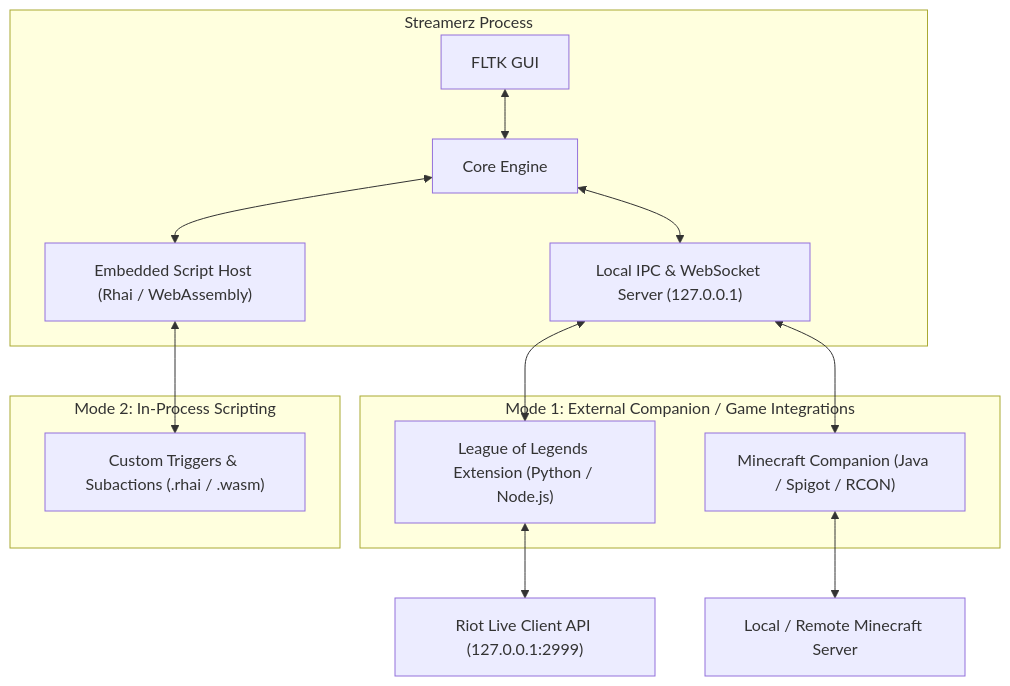
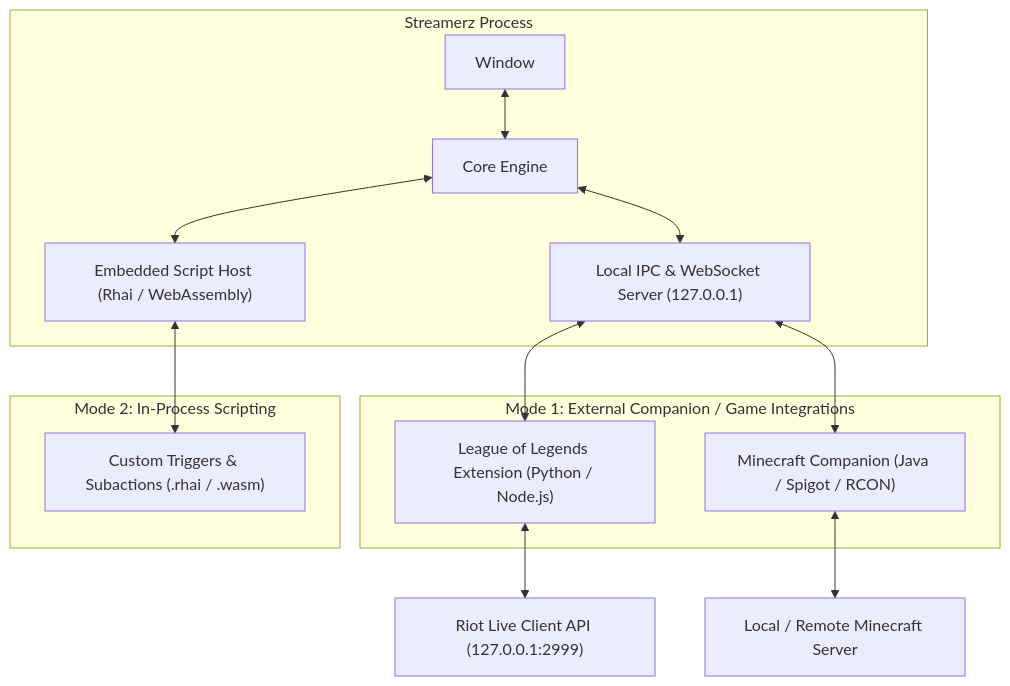
Before and after one commit to PedroZamecki/streamerz: the diagram in docs/EXTENSIONS_PLAN.md, drawn with Mermaid. The commit also changed 10 other files, not shown here.

````diff
--- a/docs/EXTENSIONS_PLAN.md
+++ b/docs/EXTENSIONS_PLAN.md
@@ -31,20 +31,20 @@
 ```mermaid
 flowchart TD
     subgraph Streamerz Process
         Engine["Core Engine"] <--> IPC["Local IPC & WebSocket Server (127.0.0.1)"]
         Engine <--> ScriptHost["Embedded Script Host (Rhai / WebAssembly)"]
-        UI["FLTK GUI"] <--> Engine
+        UI["Window"] <--> Engine
     end
 
     subgraph Mode 1: External Companion / Game Integrations
         IPC <--> LoL["League of Legends Extension (Python / Node.js)"]
         IPC <--> MC["Minecraft Companion (Java / Spigot / RCON)"]
     end
 
     subgraph Mode 2: In-Process Scripting
         ScriptHost <--> Scripts["Custom Triggers & Subactions (.rhai / .wasm)"]
     end
 
     LoL <--> RiotAPI["Riot Live Client API (127.0.0.1:2999)"]
     MC <--> MCServer["Local / Remote Minecraft Server"]
 ```
````
